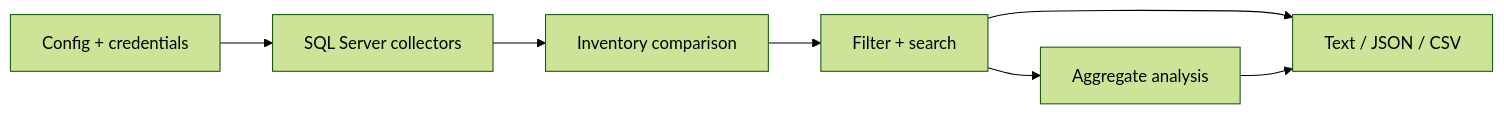
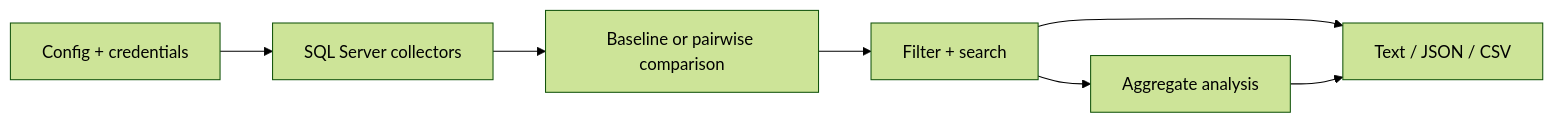
One commit to MarcosAlves90/driftwatch changed the diagram in docs/architecture/README.md. Above: the diagram before and after it, drawn with Mermaid (forest theme). The commit also changed other lines of this file and 16 other files, not shown here.

Commit message:
feat: add resilient schema comparison and collection reporting

````diff
--- a/docs/architecture/README.md
+++ b/docs/architecture/README.md
@@ -15,9 +20,9 @@
 ```mermaid
 flowchart LR
   Config["Config + credentials"] --> Collect["SQL Server collectors"]
-  Collect --> Compare["Inventory comparison"]
+  Collect --> Compare["Baseline or pairwise comparison"]
   Compare --> Select["Filter + search"]
   Select --> Analyze["Aggregate analysis"]
   Select --> Render["Text / JSON / CSV"]
   Analyze --> Render
 ```
````
